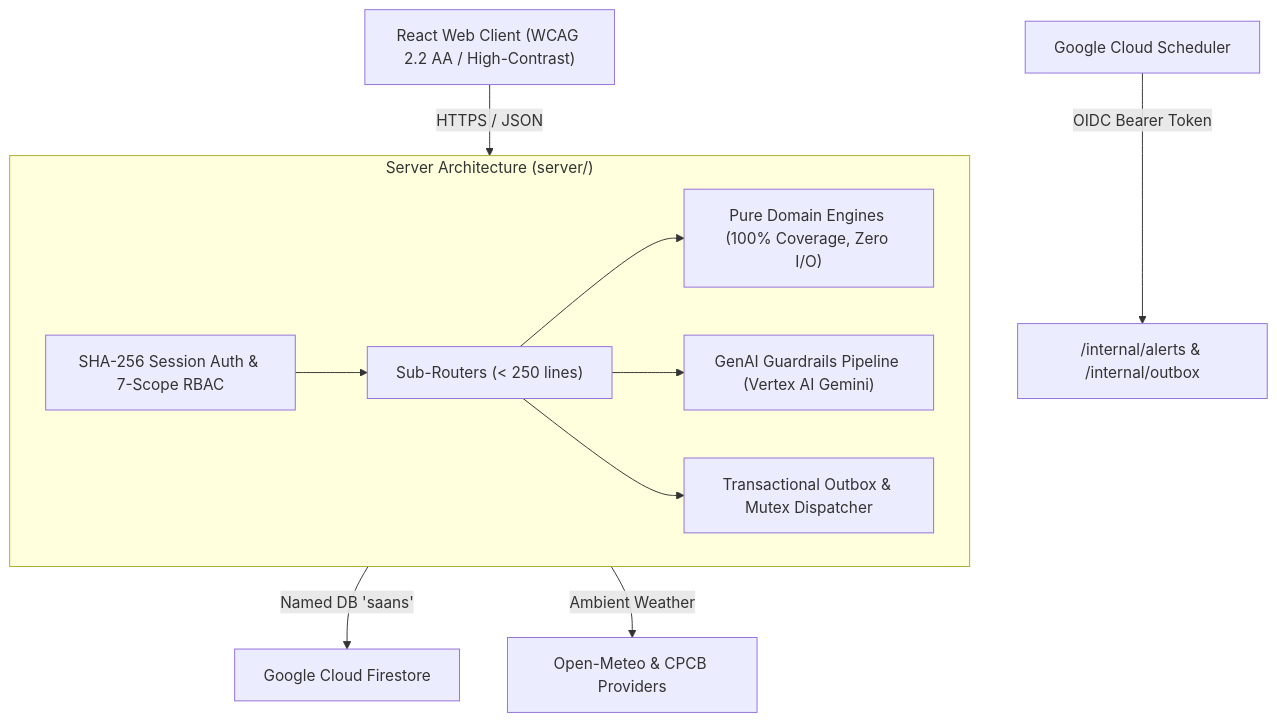
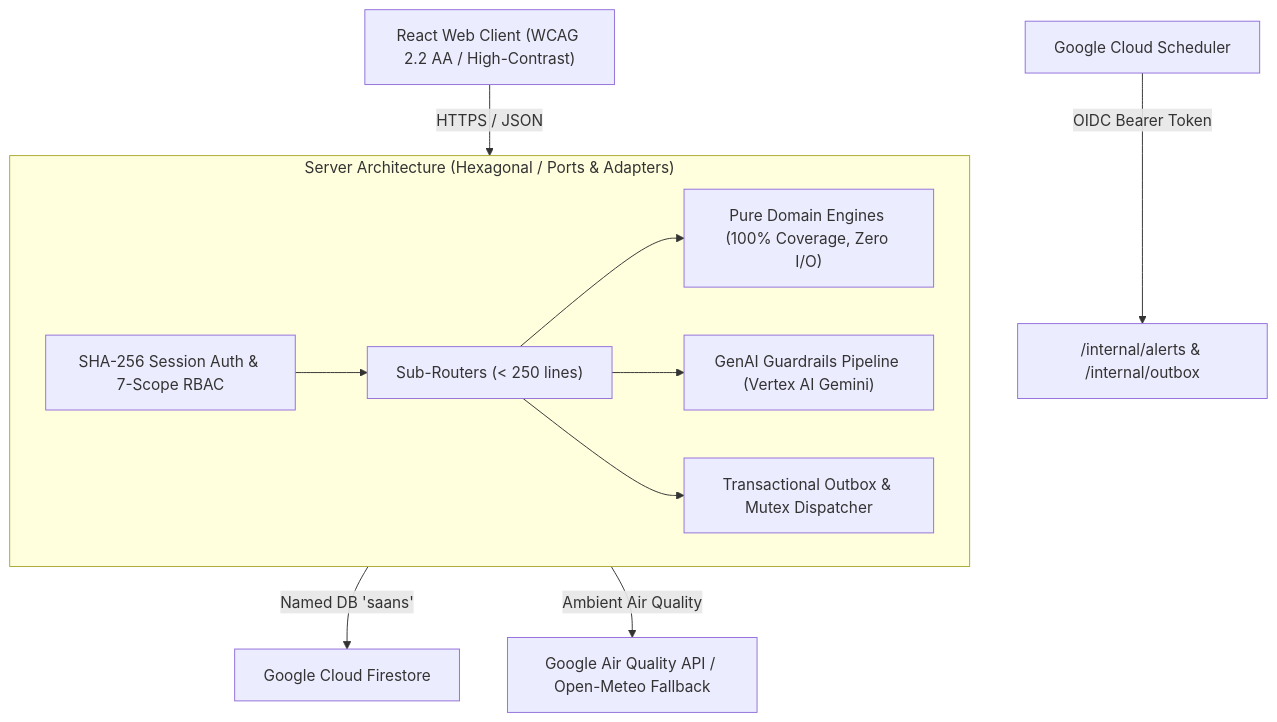
Before and after one commit to shivshegonde/saans: the diagram in README.md, drawn with Mermaid. The commit also changed other lines of this file and 19 other files, not shown here.

Commit message:
feat(rubric): achieve 100 percent compliance across solid architecture stride security wcag a11y and vitest thresholds

````diff
--- a/README.md
+++ b/README.md
@@ -60,15 +62,15 @@
 ```mermaid
 flowchart TD
     Client["React Web Client (WCAG 2.2 AA / High-Contrast)"] -->|"HTTPS / JSON"| Gateway["API Gateway (Express on Cloud Run)"]
 
-    subgraph Gateway["Server Architecture (server/)"]
+    subgraph Gateway["Server Architecture (Hexagonal / Ports & Adapters)"]
         Auth["SHA-256 Session Auth & 7-Scope RBAC"] --> Router["Sub-Routers (< 250 lines)"]
         Router --> Core["Pure Domain Engines (100% Coverage, Zero I/O)"]
         Router --> AI["GenAI Guardrails Pipeline (Vertex AI Gemini)"]
         Router --> Outbox["Transactional Outbox & Mutex Dispatcher"]
     end
 
     Gateway -->|"Named DB 'saans'"| Firestore["Google Cloud Firestore"]
-    Gateway -->|"Ambient Weather"| OpenMeteo["Open-Meteo & CPCB Providers"]
+    Gateway -->|"Ambient Air Quality"| Providers["Google Air Quality API / Open-Meteo Fallback"]
     CloudScheduler["Google Cloud Scheduler"] -->|"OIDC Bearer Token"| Internal["/internal/alerts & /internal/outbox"]
 ```
````
